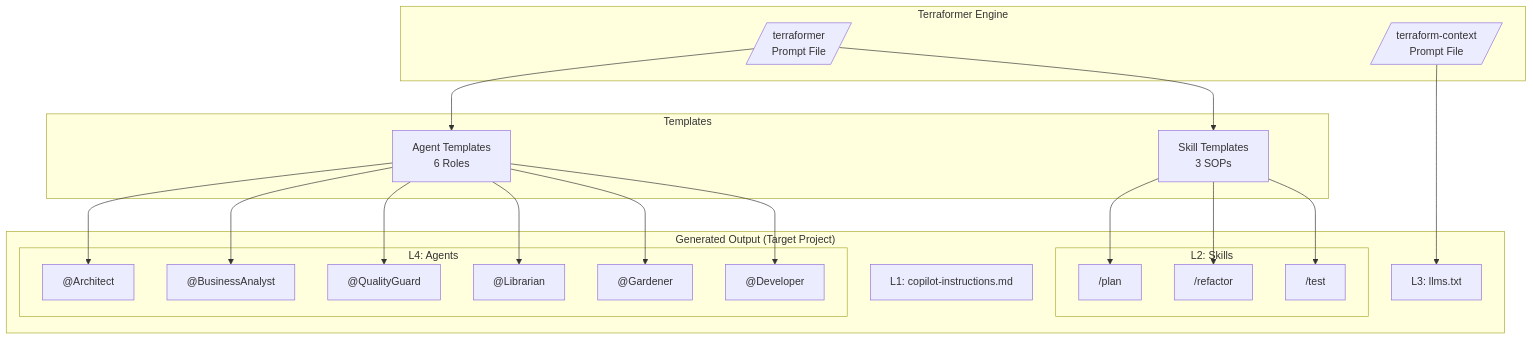
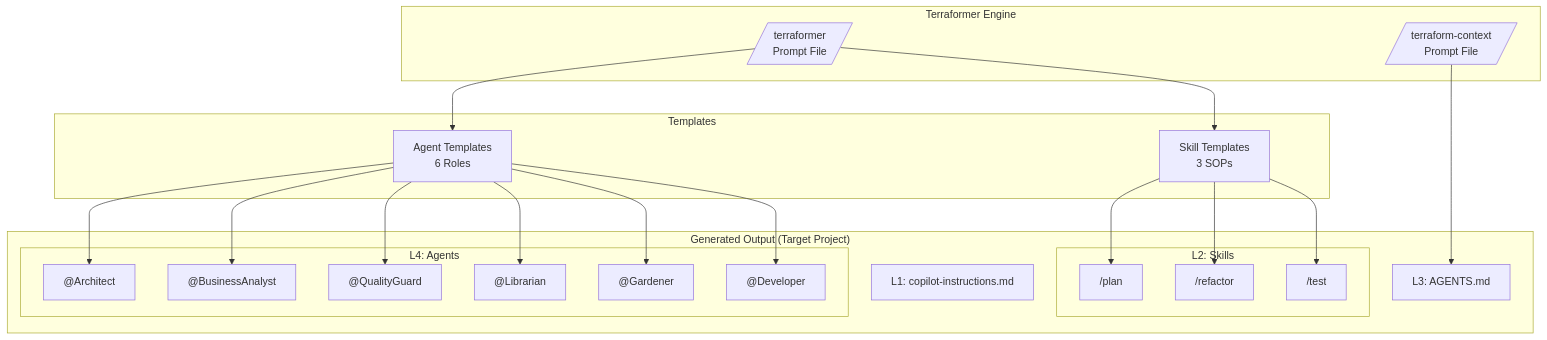
Before and after one commit to LongbowXXX/terraformer: the first of 3 diagrams in agents-docs/architecture.md, drawn with Mermaid. The commit also changed other lines of this file and 12 other files, not shown here.

Commit message:
Refactor context mapping from llms.txt to AGENTS.md for improved clarity and consistency across documentation

````diff
--- a/agents-docs/architecture.md
+++ b/agents-docs/architecture.md
@@ -34,45 +34,45 @@
 ```mermaid
 graph TB
     subgraph "Terraformer Engine"
         TE[/terraformer<br/>Prompt File/]
         TC[/terraform-context<br/>Prompt File/]
     end
 
     subgraph "Templates"
         AT[Agent Templates<br/>6 Roles]
         ST[Skill Templates<br/>3 SOPs]
     end
 
     subgraph "Generated Output (Target Project)"
         subgraph "L4: Agents"
             AR["@Architect"]
             BA["@BusinessAnalyst"]
             QG["@QualityGuard"]
             LB["@Librarian"]
             GD["@Gardener"]
             DV["@Developer"]
         end
 
         subgraph "L2: Skills"
             SP["/plan"]
             SR["/refactor"]
             STT["/test"]
         end
 
-        L3[L3: llms.txt]
+        L3[L3: AGENTS.md]
         L1[L1: copilot-instructions.md]
     end
 
     TE --> AT
     TE --> ST
     AT --> AR
     AT --> BA
     AT --> QG
     AT --> LB
     AT --> GD
     AT --> DV
     ST --> SP
     ST --> SR
     ST --> STT
     TC --> L3
 ```
````
